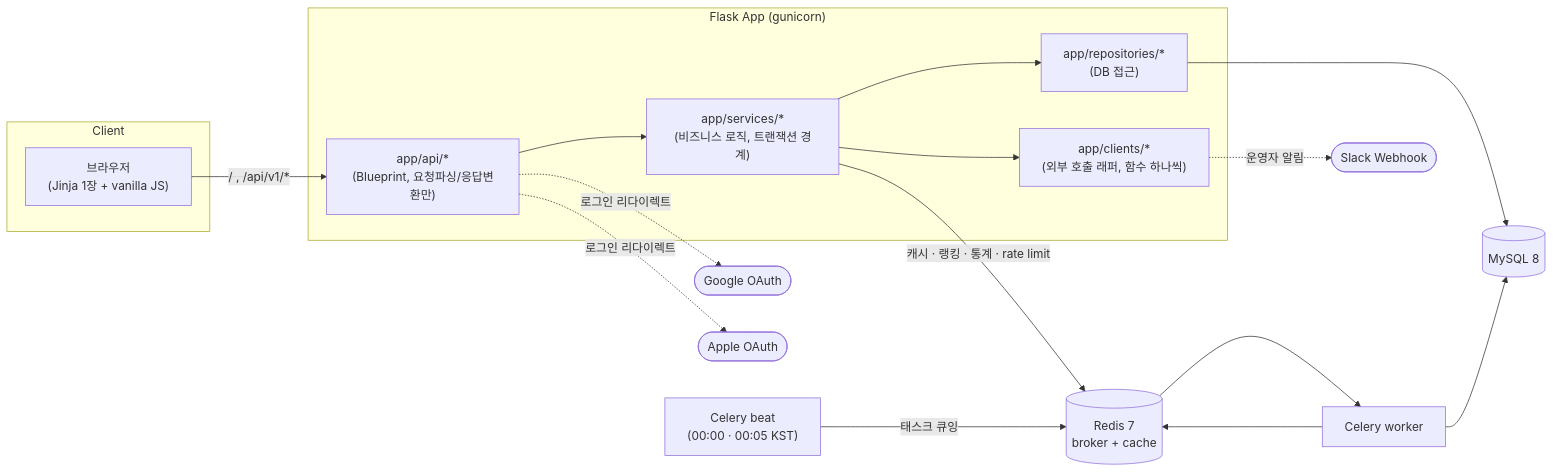
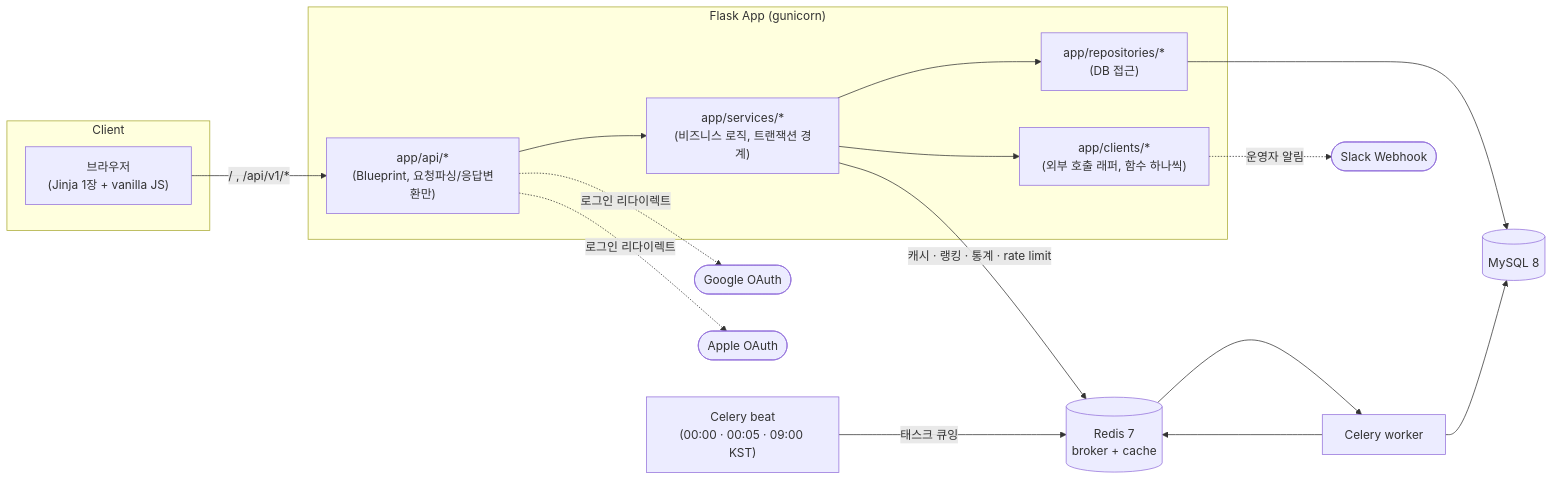
The diagram in README.md (dosaem/chosung-daily), drawn with Mermaid before and after one commit. The commit also changed other lines of this file, not shown here.

First line of the commit message:
docs(05): README 운영 절 Beat 스케줄 표와 설계 판단 05

````diff
--- a/README.md
+++ b/README.md
@@ -22,35 +22,35 @@
 ```mermaid
 graph LR
     subgraph Client
         Browser["브라우저<br/>(Jinja 1장 + vanilla JS)"]
     end
 
     subgraph "Flask App (gunicorn)"
         API["app/api/*<br/>(Blueprint, 요청파싱/응답변환만)"]
         SVC["app/services/*<br/>(비즈니스 로직, 트랜잭션 경계)"]
         REPO["app/repositories/*<br/>(DB 접근)"]
         CLIENTS["app/clients/*<br/>(외부 호출 래퍼, 함수 하나씩)"]
         API --> SVC --> REPO
         SVC --> CLIENTS
     end
 
     MySQL[("MySQL 8")]
     Redis[("Redis 7<br/>broker + cache")]
     Worker["Celery worker"]
-    Beat["Celery beat<br/>(00:00 · 00:05 KST)"]
+    Beat["Celery beat<br/>(00:00 · 00:05 · 09:00 KST)"]
     Google(["Google OAuth"])
     Apple(["Apple OAuth"])
     Slack(["Slack Webhook"])
 
     Browser -->|"/ , /api/v1/*"| API
     REPO --> MySQL
     SVC -->|캐시 · 랭킹 · 통계 · rate limit| Redis
     API -.->|로그인 리다이렉트| Google
     API -.->|로그인 리다이렉트| Apple
     CLIENTS -.->|운영자 알림| Slack
 
     Beat -->|태스크 큐잉| Redis
     Redis --> Worker
     Worker --> MySQL
     Worker --> Redis
 ```
````
